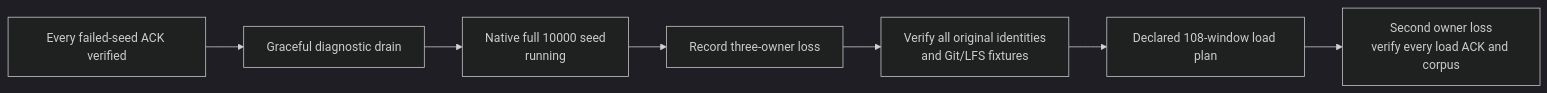
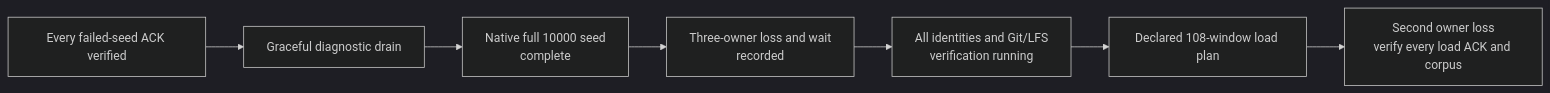
Before and after one commit to crabbuild/canopy: the diagram in docs/performance/2026-10-01-native-filesystem.md, drawn with Mermaid (dark theme). The commit also changed other lines of this file and 1 other file, not shown here.

Commit message:
docs: record complete native seed and owner-loss boundary

````diff
--- a/docs/performance/2026-10-01-native-filesystem.md
+++ b/docs/performance/2026-10-01-native-filesystem.md
@@ -51,9 +54,9 @@
 ```mermaid
 flowchart LR
     ack[Every failed-seed ACK verified] --> drain[Graceful diagnostic drain]
-    drain --> seed[Native full 10000 seed<br/>running]
-    seed --> loss[Record three-owner loss]
-    loss --> recovery[Verify all original identities<br/>and Git/LFS fixtures]
+    drain --> seed[Native full 10000 seed<br/>complete]
+    seed --> loss[Three-owner loss and wait<br/>recorded]
+    loss --> recovery[All identities and Git/LFS<br/>verification running]
     recovery --> load[Declared 108-window load plan]
     load --> final[Second owner loss<br/>verify every load ACK and corpus]
 ```
````
